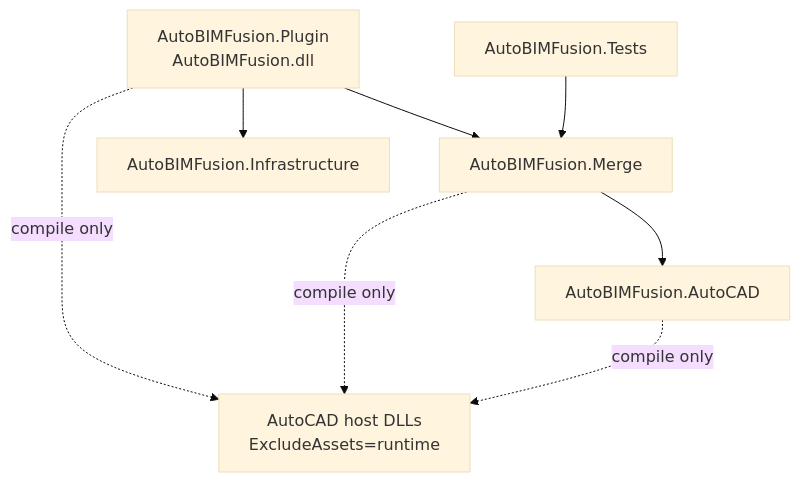
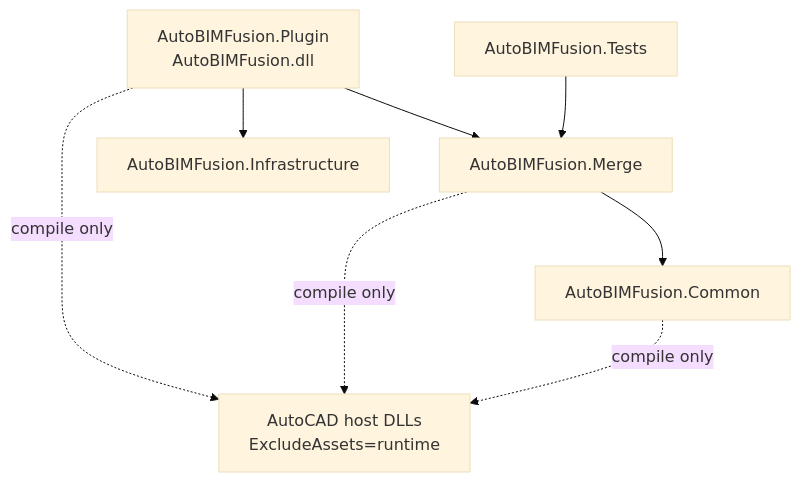
Before and after one commit to Yerkebulan777/AutoBIMFusion: the diagram in docs/PROJECT_STRUCTURE.md, drawn with Mermaid (base theme). The commit also changed other lines of this file and 133 other files, not shown here.

````diff
--- a/docs/PROJECT_STRUCTURE.md
+++ b/docs/PROJECT_STRUCTURE.md
@@ -33,17 +33,17 @@
 ```mermaid
 flowchart TD
     Plugin["AutoBIMFusion.Plugin<br/>AutoBIMFusion.dll"]
     Merge["AutoBIMFusion.Merge"]
-    AutoCAD["AutoBIMFusion.AutoCAD"]
+    AutoCAD["AutoBIMFusion.Common"]
     Infrastructure["AutoBIMFusion.Infrastructure"]
     Tests["AutoBIMFusion.Tests"]
     AutoCADHost["AutoCAD host DLLs<br/>ExcludeAssets=runtime"]
 
     Plugin --> Merge
     Plugin --> Infrastructure
     Merge --> AutoCAD
     Plugin -. compile only .-> AutoCADHost
     Merge -. compile only .-> AutoCADHost
     AutoCAD -. compile only .-> AutoCADHost
     Tests --> Merge
 ```
````
